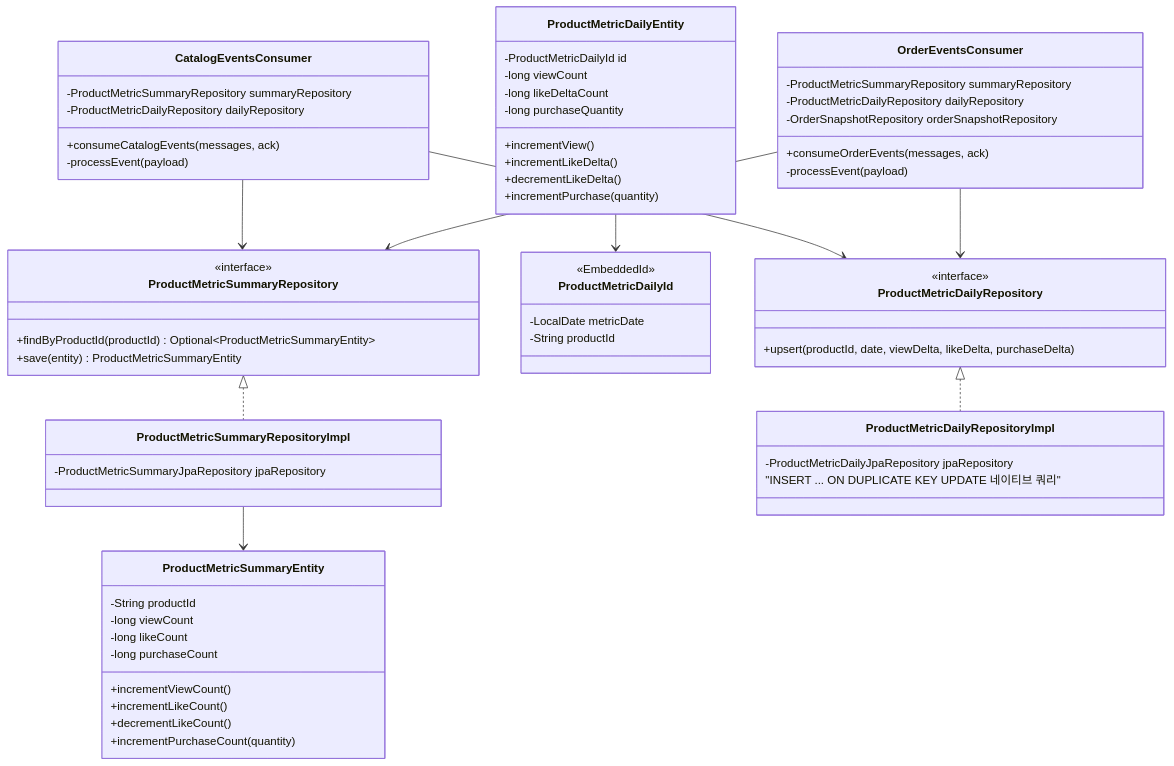
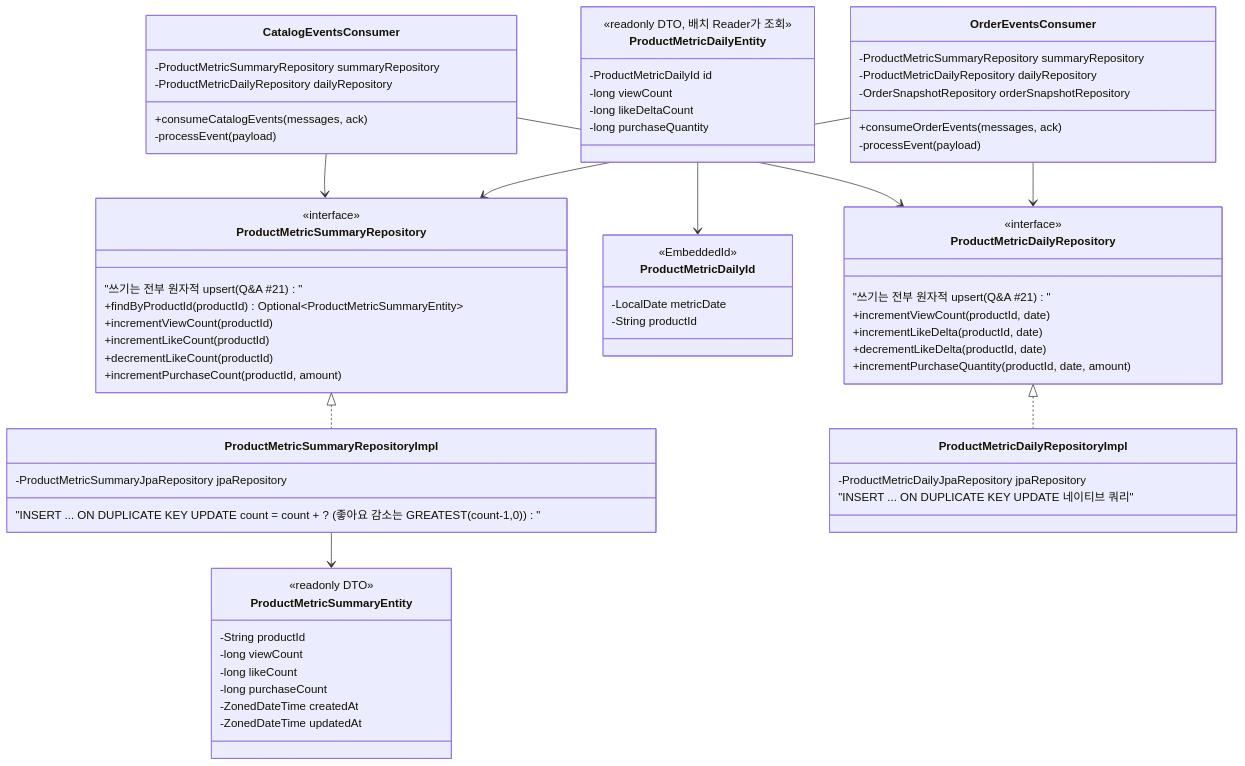
Before and after one commit to Hangju0610/loop-pack-be-l2-vol4-java: the second of 4 diagrams in docs/domain/ranking_mv_batch/02-diagrams.md, drawn with Mermaid. The commit also changed 28 other files, not shown here.

First line of the commit message:
refactor(metrics): rename product_metrics to product_metric_summary and use atomic upsert

````diff
--- a/docs/domain/ranking_mv_batch/02-diagrams.md
+++ b/docs/domain/ranking_mv_batch/02-diagrams.md
@@ -61,68 +61,73 @@
 ```mermaid
 classDiagram
     class CatalogEventsConsumer {
         -ProductMetricSummaryRepository summaryRepository
         -ProductMetricDailyRepository dailyRepository
         +consumeCatalogEvents(messages, ack)
         -processEvent(payload)
     }
     class OrderEventsConsumer {
         -ProductMetricSummaryRepository summaryRepository
         -ProductMetricDailyRepository dailyRepository
         -OrderSnapshotRepository orderSnapshotRepository
         +consumeOrderEvents(messages, ack)
         -processEvent(payload)
     }
 
     class ProductMetricSummaryEntity {
+        <<readonly DTO>>
         -String productId
         -long viewCount
         -long likeCount
         -long purchaseCount
-        +incrementViewCount()
-        +incrementLikeCount()
-        +decrementLikeCount()
-        +incrementPurchaseCount(quantity)
+        -ZonedDateTime createdAt
+        -ZonedDateTime updatedAt
     }
     class ProductMetricSummaryRepository {
         <<interface>>
+        "쓰기는 전부 원자적 upsert (Q&A #21)"
         +findByProductId(productId) Optional~ProductMetricSummaryEntity~
-        +save(entity) ProductMetricSummaryEntity
+        +incrementViewCount(productId)
+        +incrementLikeCount(productId)
+        +decrementLikeCount(productId)
+        +incrementPurchaseCount(productId, amount)
     }
     class ProductMetricSummaryRepositoryImpl {
         -ProductMetricSummaryJpaRepository jpaRepository
+        "INSERT ... ON DUPLICATE KEY UPDATE count = count + ? (좋아요 감소는 GREATEST(count-1,0))"
     }
 
-    class ProductMetricDailyEntity {
-        -ProductMetricDailyId id
-        -long viewCount
-        -long likeDeltaCount
-        -long purchaseQuantity
-        +incrementView()
-        +incrementLikeDelta()
-        +decrementLikeDelta()
-        +incrementPurchase(quantity)
-    }
     class ProductMetricDailyId {
         <<EmbeddedId>>
         -LocalDate metricDate
         -String productId
     }
+    class ProductMetricDailyEntity {
+        <<readonly DTO, 배치 Reader가 조회>>
+        -ProductMetricDailyId id
+        -long viewCount
+        -long likeDeltaCount
+        -long purchaseQuantity
+    }
     class ProductMetricDailyRepository {
         <<interface>>
-        +upsert(productId, date, viewDelta, likeDelta, purchaseDelta)
+        "쓰기는 전부 원자적 upsert (Q&A #21)"
+        +incrementViewCount(productId, date)
+        +incrementLikeDelta(productId, date)
+        +decrementLikeDelta(productId, date)
+        +incrementPurchaseQuantity(productId, date, amount)
     }
     class ProductMetricDailyRepositoryImpl {
         -ProductMetricDailyJpaRepository jpaRepository
         "INSERT ... ON DUPLICATE KEY UPDATE 네이티브 쿼리"
     }
 
     CatalogEventsConsumer --> ProductMetricSummaryRepository
     CatalogEventsConsumer --> ProductMetricDailyRepository
     OrderEventsConsumer --> ProductMetricSummaryRepository
     OrderEventsConsumer --> ProductMetricDailyRepository
     ProductMetricSummaryRepository <|.. ProductMetricSummaryRepositoryImpl
     ProductMetricDailyRepository <|.. ProductMetricDailyRepositoryImpl
     ProductMetricSummaryRepositoryImpl --> ProductMetricSummaryEntity
     ProductMetricDailyEntity --> ProductMetricDailyId
 ```
````
